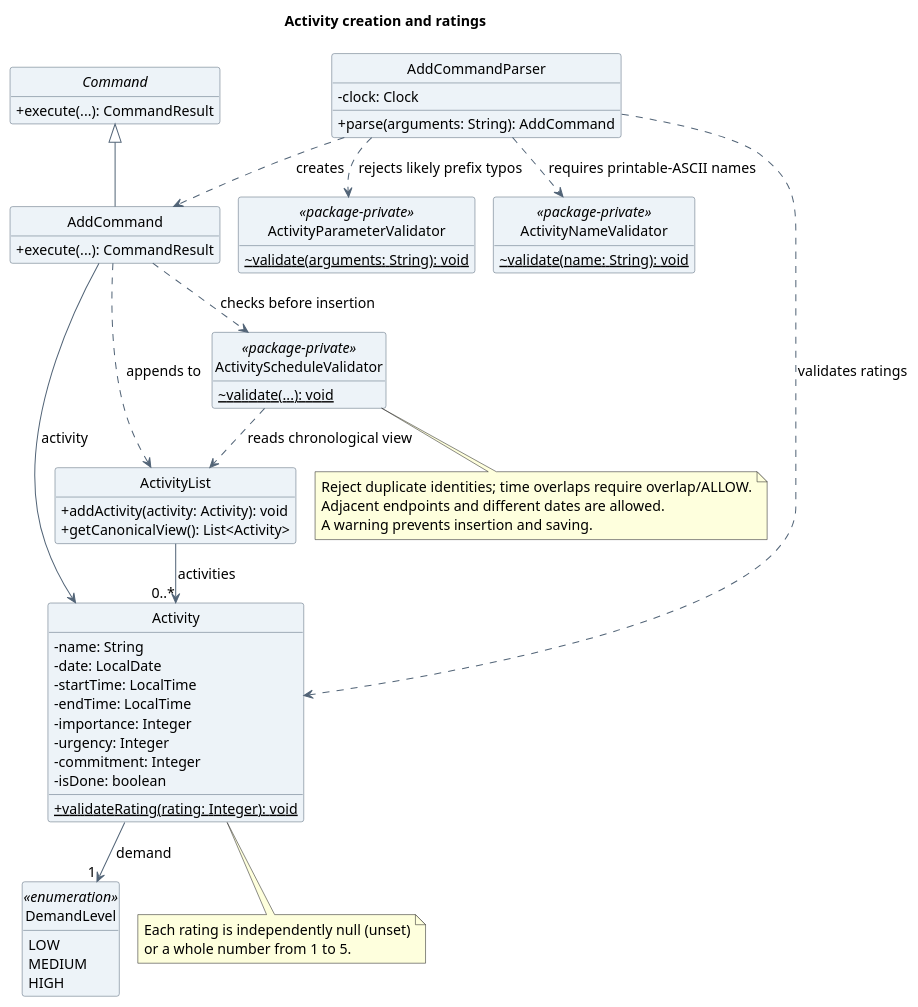
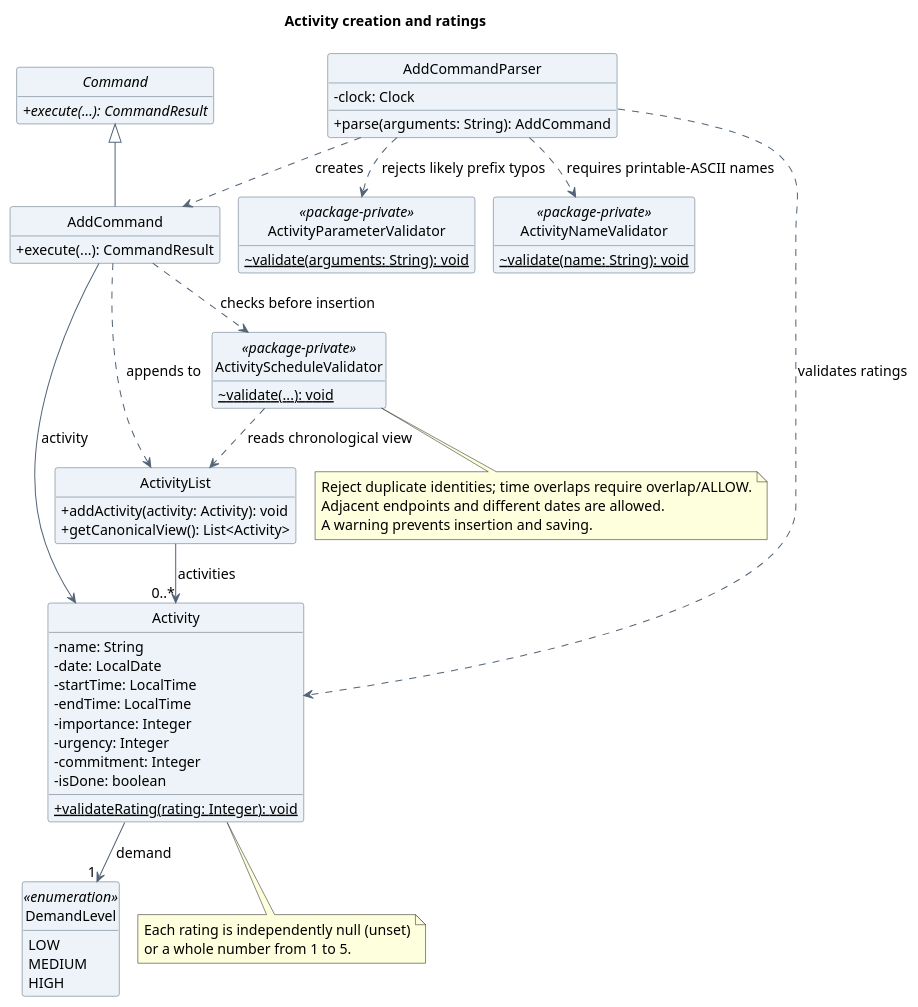
The diagram in docs/diagrams/luke/class/ActivityCreationClassDiagram.puml (AY2627S1-CS2113-T10-4/tp), drawn with PlantUML before and after one commit. The commit also changed 29 other files, not shown here.

First line of the commit message:
Align class diagrams with course UML notation

```diff
--- a/docs/diagrams/luke/class/ActivityCreationClassDiagram.puml
+++ b/docs/diagrams/luke/class/ActivityCreationClassDiagram.puml
@@ -4,76 +4,76 @@
 @startuml
 !pragma layout smetana
 title Activity creation and ratings
 skinparam backgroundColor white
 skinparam shadowing false
 skinparam defaultFontName SansSerif
 skinparam defaultFontSize 14
 skinparam classAttributeIconSize 0
 skinparam classBackgroundColor #EDF3F8
 skinparam classBorderColor #526477
 skinparam ArrowColor #526477
 hide circle
 hide empty members
 
 abstract class Command {
-  +execute(...): CommandResult
+  {abstract} +execute(...): CommandResult
 }
 class AddCommandParser {
   -clock: Clock
   +parse(arguments: String): AddCommand
 }
 class AddCommand {
   +execute(...): CommandResult
 }
 class ActivityParameterValidator <<package-private>> {
   {static} ~validate(arguments: String): void
 }
 class ActivityNameValidator <<package-private>> {
   {static} ~validate(name: String): void
 }
 class ActivityScheduleValidator <<package-private>> {
   {static} ~validate(...): void
 }
 class ActivityList {
   +addActivity(activity: Activity): void
   +getCanonicalView(): List<Activity>
 }
 class Activity {
   -name: String
   -date: LocalDate
   -startTime: LocalTime
   -endTime: LocalTime
   -importance: Integer
   -urgency: Integer
   -commitment: Integer
   -isDone: boolean
   {static} +validateRating(rating: Integer): void
 }
 enum DemandLevel <<enumeration>> {
   LOW
   MEDIUM
   HIGH
 }
 
 Command <|-- AddCommand
 AddCommandParser ..> AddCommand : creates
 AddCommandParser ..> Activity : validates ratings
 AddCommandParser ..> ActivityNameValidator : requires printable-ASCII names
 AddCommandParser ..> ActivityParameterValidator : rejects likely prefix typos
 AddCommand ..> ActivityScheduleValidator : checks before insertion
 ActivityScheduleValidator ..> ActivityList : reads chronological view
 AddCommand --> Activity : activity
 AddCommand ..> ActivityList : appends to
 ActivityList --> "0..*" Activity : activities
 Activity --> "1" DemandLevel : demand
 
 note bottom of Activity
   Each rating is independently null (unset)
   or a whole number from 1 to 5.
 end note
 note bottom of ActivityScheduleValidator
   Reject duplicate identities; time overlaps require overlap/ALLOW.
   Adjacent endpoints and different dates are allowed.
   A warning prevents insertion and saving.
 end note
 @enduml
```
